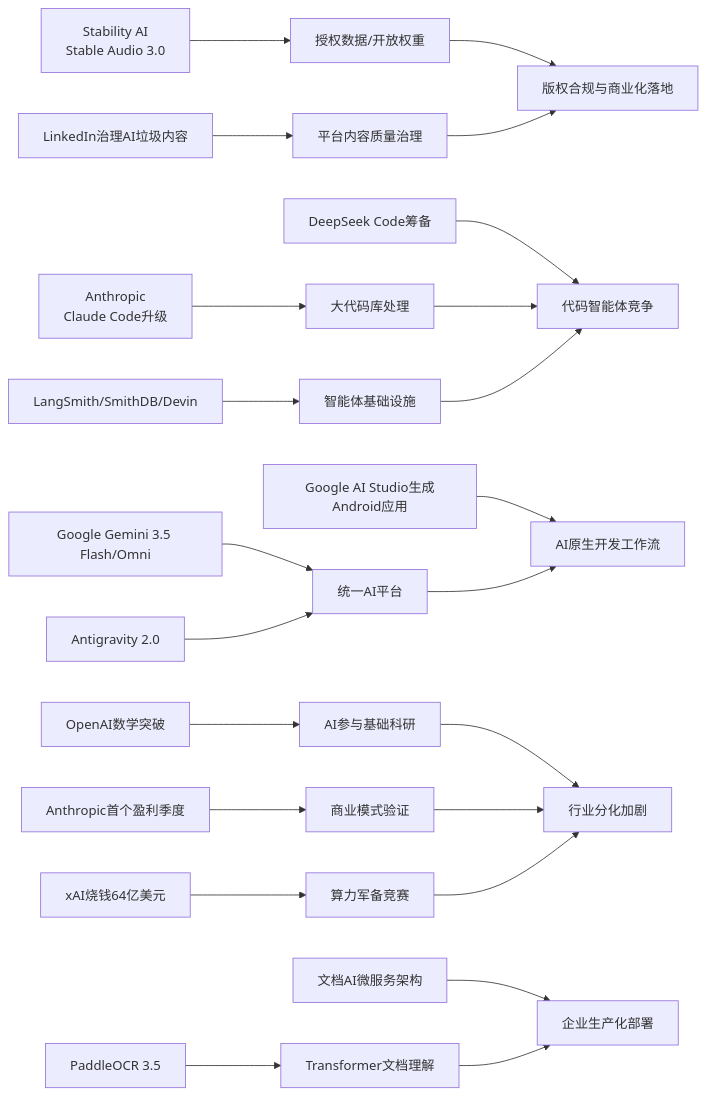
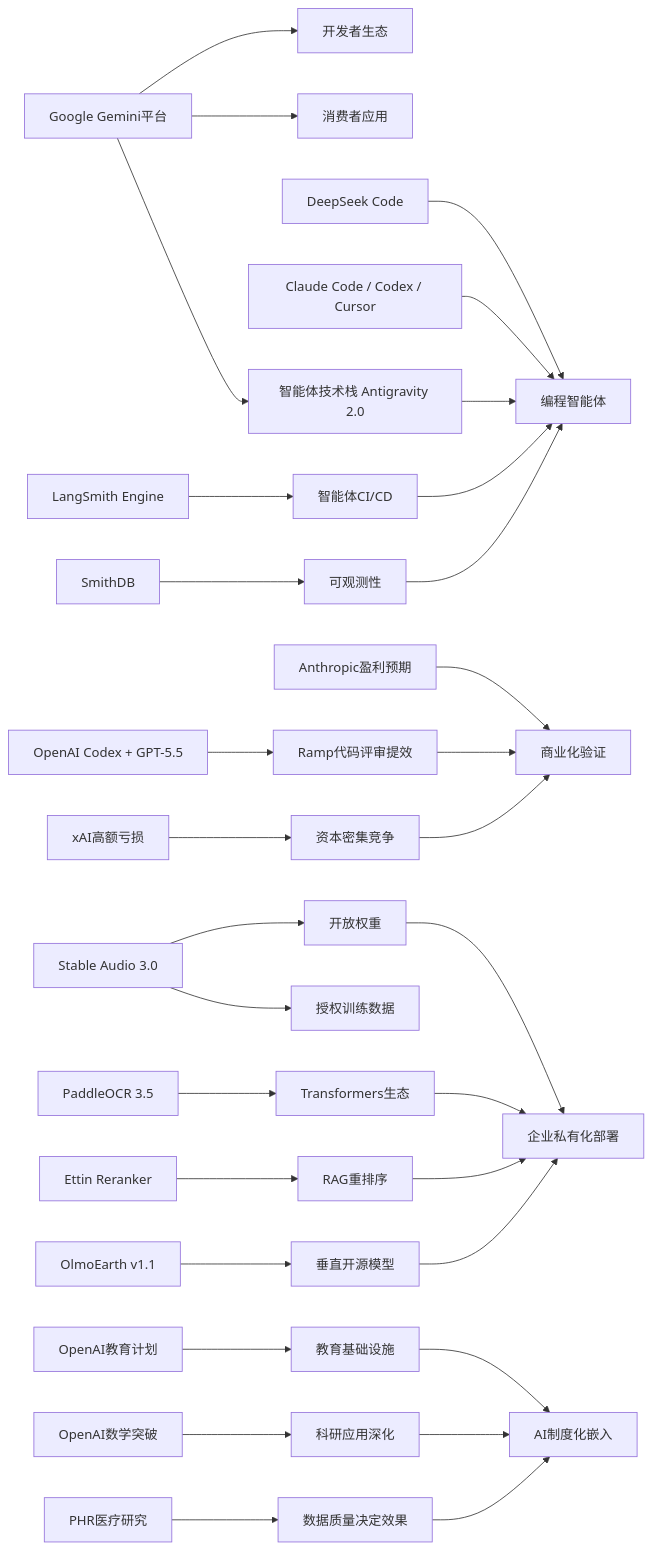
Before and after one commit to zhuxinfei/ai-daily-site: the diagram in content/cn/2026/2026-05/2026-05-21.md, drawn with Mermaid. The commit also changed other lines of this file, not shown here.

````diff
--- a/content/cn/2026/2026-05/2026-05-21.md
+++ b/content/cn/2026/2026-05/2026-05-21.md
@@ -146,29 +110,37 @@
 ```mermaid
 graph LR
-    A[Stability AI<br/>Stable Audio 3.0] --> B[授权数据/开放权重]
-    B --> C[版权合规与商业化落地]
-    D[LinkedIn治理AI垃圾内容] --> E[平台内容质量治理]
-    E --> C
+    A[Google Gemini平台] --> B[开发者生态]
+    A --> C[消费者应用]
+    A --> D[智能体技术栈 Antigravity 2.0]
 
-    F[Anthropic<br/>Claude Code升级] --> G[大代码库处理]
-    H[DeepSeek Code筹备] --> I[代码智能体竞争]
-    J[LangSmith/SmithDB/Devin] --> K[智能体基础设施]
-    G --> I
-    K --> I
+    E[LangSmith Engine] --> F[智能体CI/CD]
+    G[SmithDB] --> H[可观测性]
+    I[DeepSeek Code] --> J[编程智能体]
+    K[Claude Code / Codex / Cursor] --> J
+    D --> J
+    F --> J
+    H --> J
 
-    L[Google Gemini 3.5 Flash/Omni] --> M[统一AI平台]
-    N[Antigravity 2.0] --> M
-    O[Google AI Studio生成Android应用] --> P[AI原生开发工作流]
-    M --> P
+    L[OpenAI Codex + GPT-5.5] --> M[Ramp代码评审提效]
+    N[Anthropic盈利预期] --> O[商业化验证]
+    P[xAI高额亏损] --> Q[资本密集竞争]
+    M --> O
+    Q --> O
 
-    Q[OpenAI数学突破] --> R[AI参与基础科研]
-    S[Anthropic首个盈利季度] --> T[商业模式验证]
-    U[xAI烧钱64亿美元] --> V[算力军备竞赛]
-    R --> W[行业分化加剧]
-    T --> W
-    V --> W
+    R[Stable Audio 3.0] --> S[开放权重]
+    R --> T[授权训练数据]
+    U[PaddleOCR 3.5] --> V[Transformers生态]
+    W[Ettin Reranker] --> X[RAG重排序]
+    Y[OlmoEarth v1.1] --> Z[垂直开源模型]
+    S --> AA[企业私有化部署]
+    V --> AA
+    X --> AA
+    Z --> AA
 
-    X[PaddleOCR 3.5] --> Y[Transformer文档理解]
-    Z[文档AI微服务架构] --> AA[企业生产化部署]
-    Y --> AA
+    AB[OpenAI教育计划] --> AC[教育基础设施]
+    AD[OpenAI数学突破] --> AE[科研应用深化]
+    AF[PHR医疗研究] --> AG[数据质量决定效果]
+    AC --> AH[AI制度化嵌入]
+    AE --> AH
+    AG --> AH
 ```
````
